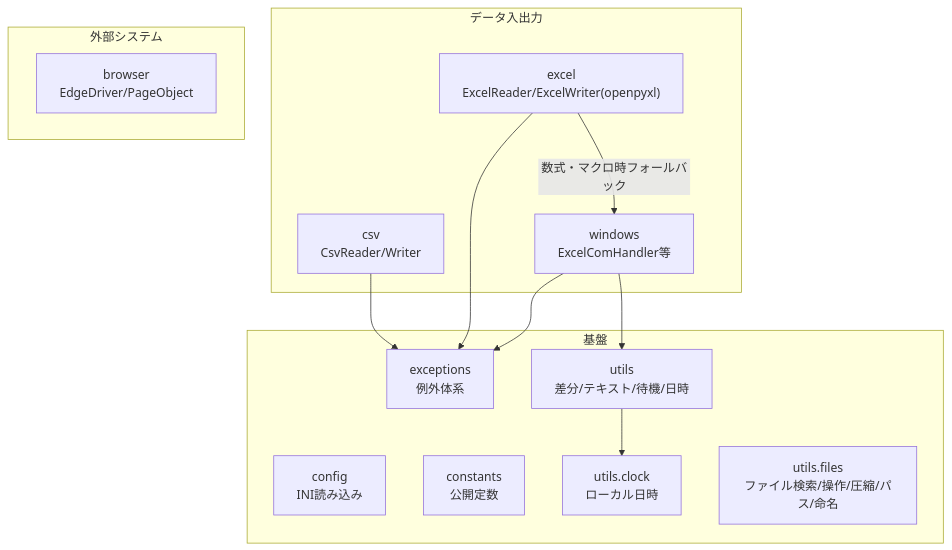
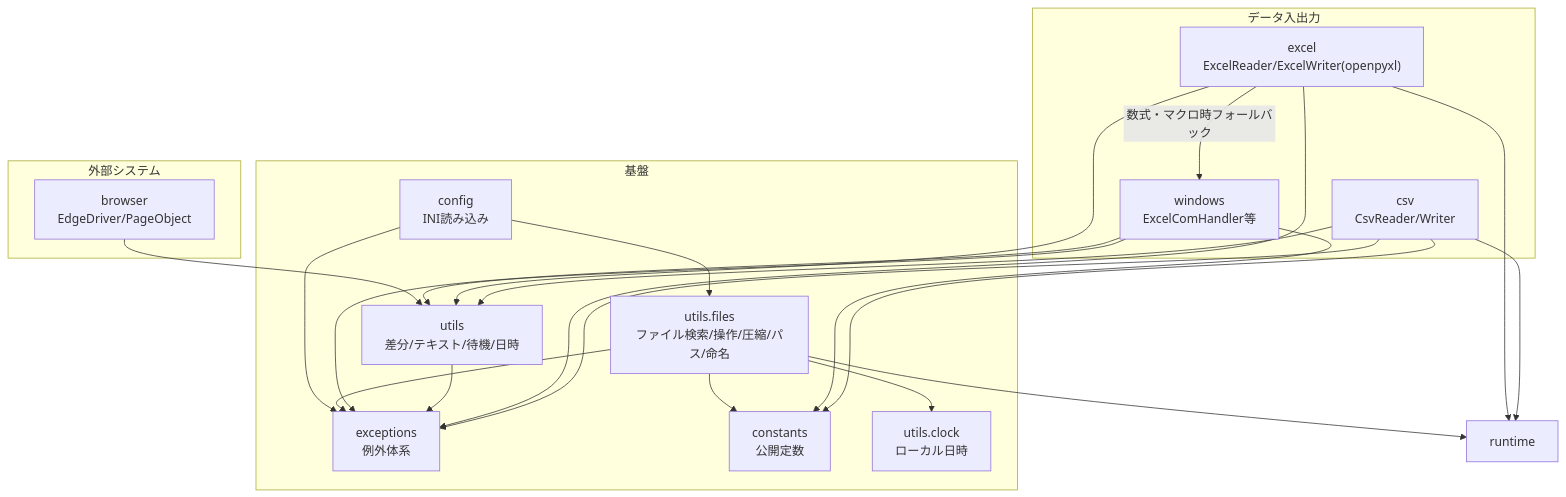
The diagram in 仕様書.md (tenniscorecom/comken), drawn with Mermaid before and after one commit. The commit also changed other lines of this file and 9 other files, not shown here.

````diff
--- a/仕様書.md
+++ b/仕様書.md
@@ -45,25 +50,38 @@
 ```mermaid
 graph TD
     subgraph 基盤
         config["config\nINI読み込み"]
         exceptions["exceptions\n例外体系"]
         constants["constants\n公開定数"]
         utils["utils\n差分/テキスト/待機/日時"]
         clock["utils.clock\nローカル日時"]
         files["utils.files\nファイル検索/操作/圧縮/パス/命名"]
     end
     subgraph データ入出力
         csv["csv\nCsvReader/Writer"]
         excel["excel\nExcelReader/ExcelWriter(openpyxl)"]
         windows["windows\nExcelComHandler等"]
     end
     subgraph 外部システム
         browser["browser\nEdgeDriver/PageObject"]
     end
     excel -->|数式・マクロ時フォールバック| windows
+    config --> exceptions
+    config --> files
+    browser --> utils
+    files --> constants
+    files --> exceptions
+    files --> runtime
     windows --> exceptions
+    windows --> constants
     windows --> utils
-    utils --> clock
+    utils --> exceptions
+    files --> clock
     excel --> exceptions
+    excel --> runtime
+    excel --> utils
     csv --> exceptions
+    csv --> constants
+    csv --> runtime
+    csv --> utils
 ```
````
